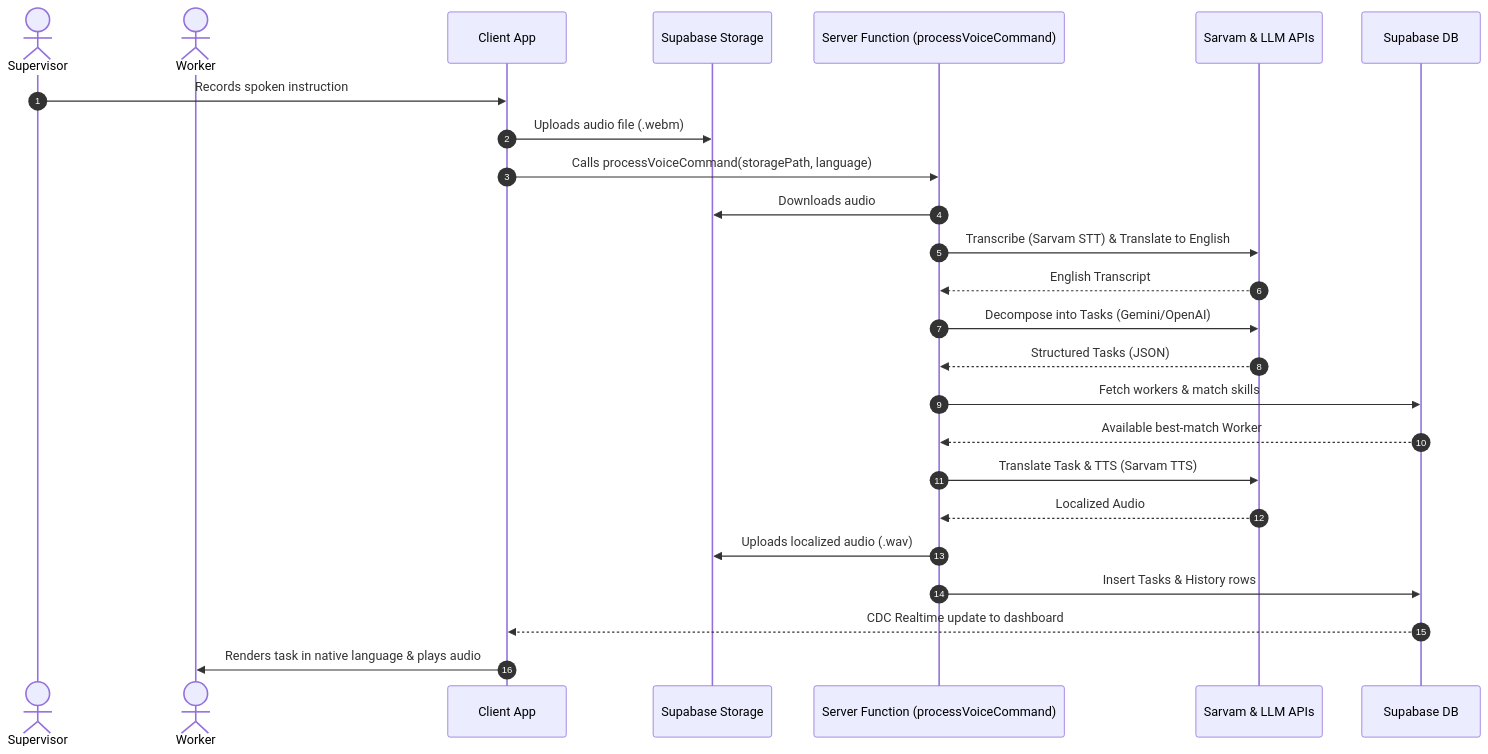
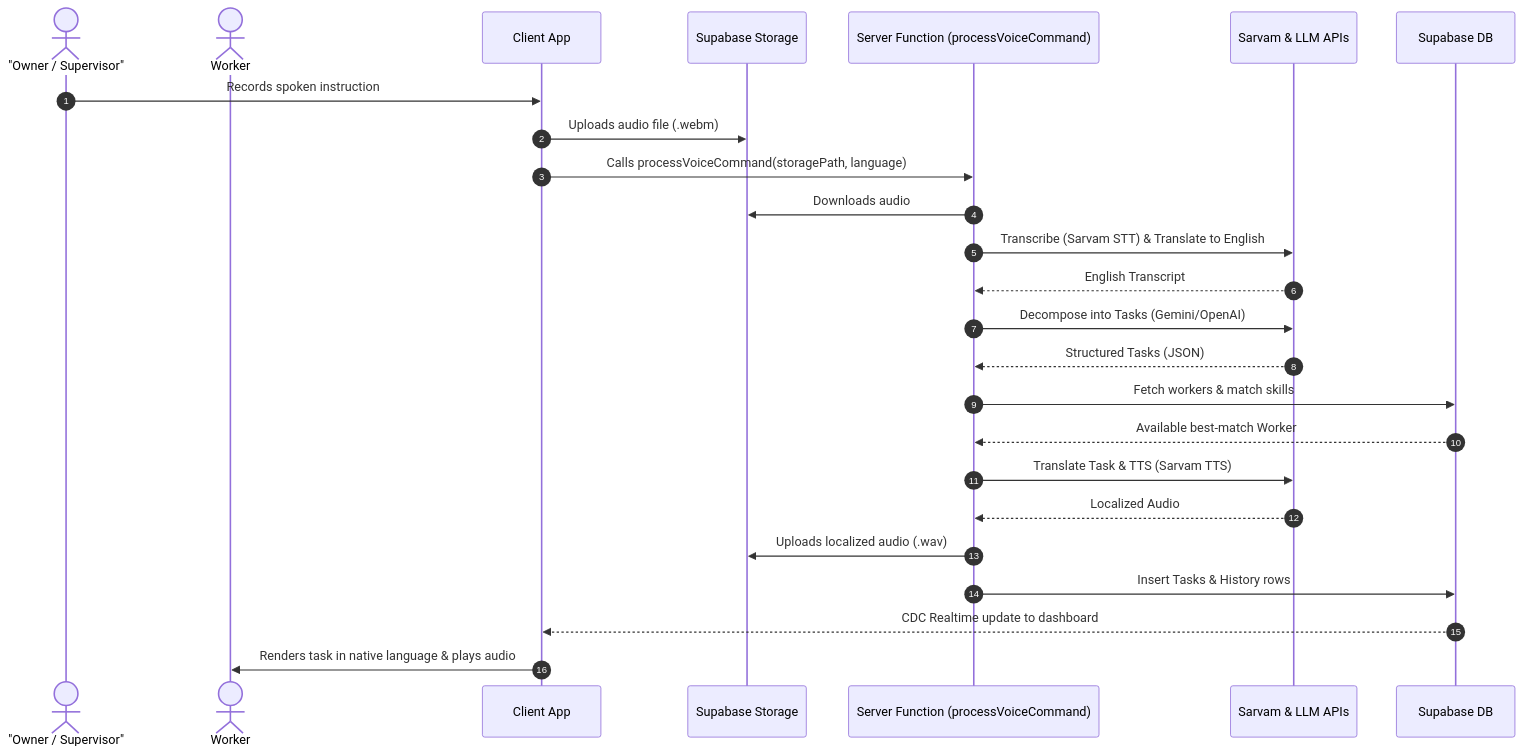
Before and after one commit to vamshi726/ai_staff_broker: the first of 3 diagrams in README.md, drawn with Mermaid. The commit also changed other lines of this file, not shown here.

Commit message:
docs: add owner to sequence and architecture diagrams

````diff
--- a/README.md
+++ b/README.md
@@ -16,28 +16,28 @@
 ```mermaid
 sequenceDiagram
     autonumber
-    actor Supervisor
+    actor "Owner / Supervisor"
     actor Worker
     participant Front as Client App
     participant Storage as Supabase Storage
     participant Server as Server Function (processVoiceCommand)
     participant AI as Sarvam & LLM APIs
     participant DB as Supabase DB
 
-    Supervisor->>Front: Records spoken instruction
+    "Owner / Supervisor"->>Front: Records spoken instruction
     Front->>Storage: Uploads audio file (.webm)
     Front->>Server: Calls processVoiceCommand(storagePath, language)
     Server->>Storage: Downloads audio
     Server->>AI: Transcribe (Sarvam STT) & Translate to English
     AI-->>Server: English Transcript
     Server->>AI: Decompose into Tasks (Gemini/OpenAI)
     AI-->>Server: Structured Tasks (JSON)
     Server->>DB: Fetch workers & match skills
     DB-->>Server: Available best-match Worker
     Server->>AI: Translate Task & TTS (Sarvam TTS)
     AI-->>Server: Localized Audio
     Server->>Storage: Uploads localized audio (.wav)
     Server->>DB: Insert Tasks & History rows
     DB-->>Front: CDC Realtime update to dashboard
     Front->>Worker: Renders task in native language & plays audio
 ```
````
